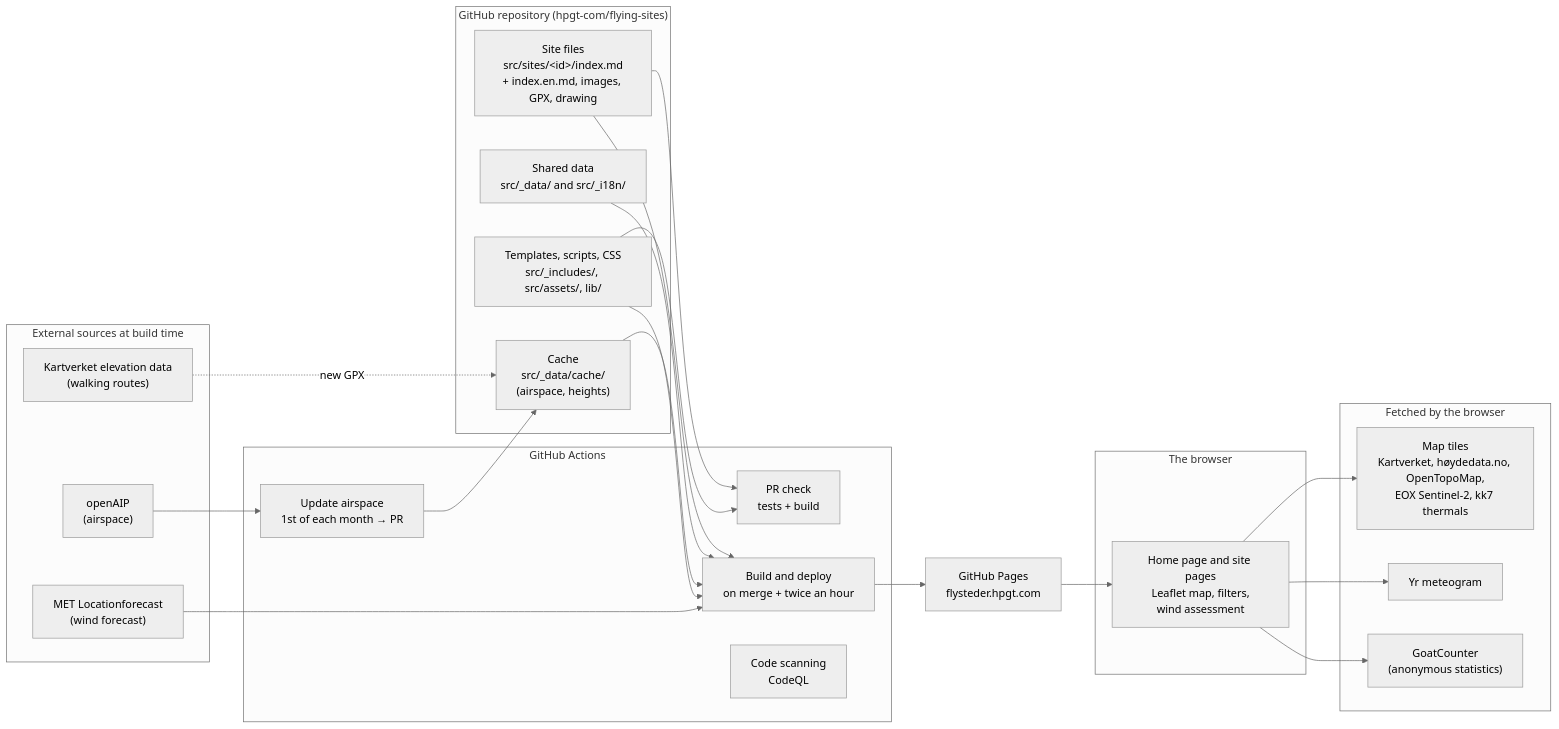
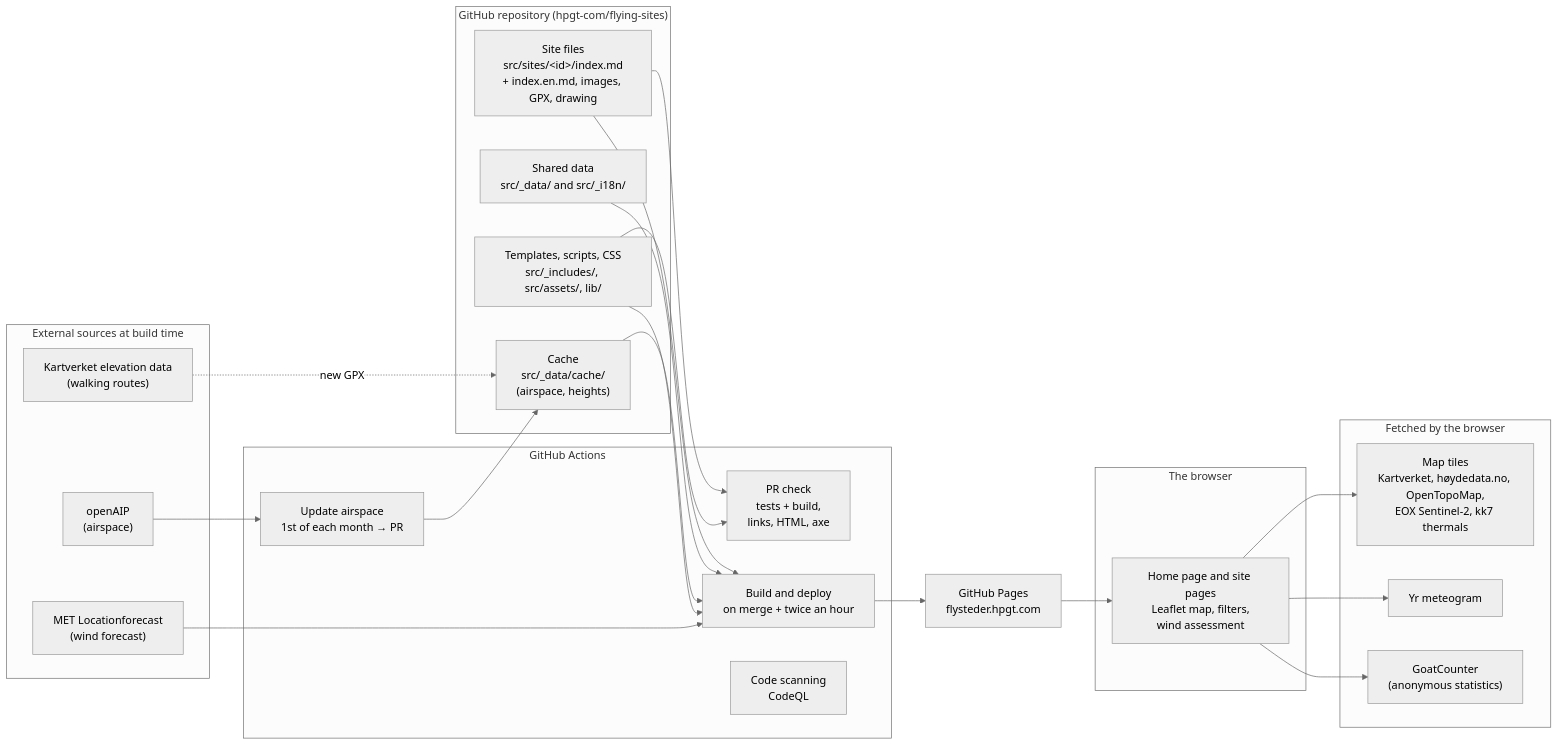
One commit to hpgt-com/flying-sites changed the first of 6 diagrams in docs/architecture.md. Above: the diagram before and after it, drawn with Mermaid (neutral theme). The commit also changed other lines of this file and 15 other files, not shown here.

First line of the commit message:
PR-sjekk: lenkesjekk, HTML-validering og axe

````diff
--- a/docs/architecture.md
+++ b/docs/architecture.md
@@ -13,42 +13,42 @@
 ```mermaid
 flowchart LR
   subgraph repo["GitHub repository (hpgt-com/flying-sites)"]
     sites["Site files<br/>src/sites/&lt;id&gt;/index.md<br/>+ index.en.md, images, GPX, drawing"]
     data["Shared data<br/>src/_data/ and src/_i18n/"]
     cache["Cache<br/>src/_data/cache/<br/>(airspace, heights)"]
     code["Templates, scripts, CSS<br/>src/_includes/, src/assets/, lib/"]
   end
 
   subgraph actions["GitHub Actions"]
-    prcheck["PR check<br/>tests + build"]
+    prcheck["PR check<br/>tests + build,<br/>links, HTML, axe"]
     deploy["Build and deploy<br/>on merge + twice an hour"]
     airspace["Update airspace<br/>1st of each month → PR"]
     scan["Code scanning<br/>CodeQL"]
   end
 
   subgraph ext["External sources at build time"]
     met["MET Locationforecast<br/>(wind forecast)"]
     kv["Kartverket elevation data<br/>(walking routes)"]
     oaip["openAIP<br/>(airspace)"]
   end
 
   pages["GitHub Pages<br/>flysteder.hpgt.com"]
 
   subgraph browser["The browser"]
     ui["Home page and site pages<br/>Leaflet map, filters,<br/>wind assessment"]
   end
 
   subgraph runtime["Fetched by the browser"]
     tiles["Map tiles<br/>Kartverket, høydedata.no, OpenTopoMap,<br/>EOX Sentinel-2, kk7 thermals"]
     yr["Yr meteogram"]
     gc["GoatCounter<br/>(anonymous statistics)"]
   end
 
   sites & data & cache & code --> deploy
   sites & code --> prcheck
   met --> deploy
   kv -. "new GPX" .-> cache
   oaip --> airspace --> cache
   deploy --> pages --> ui
   ui --> tiles & yr & gc
 ```
````
